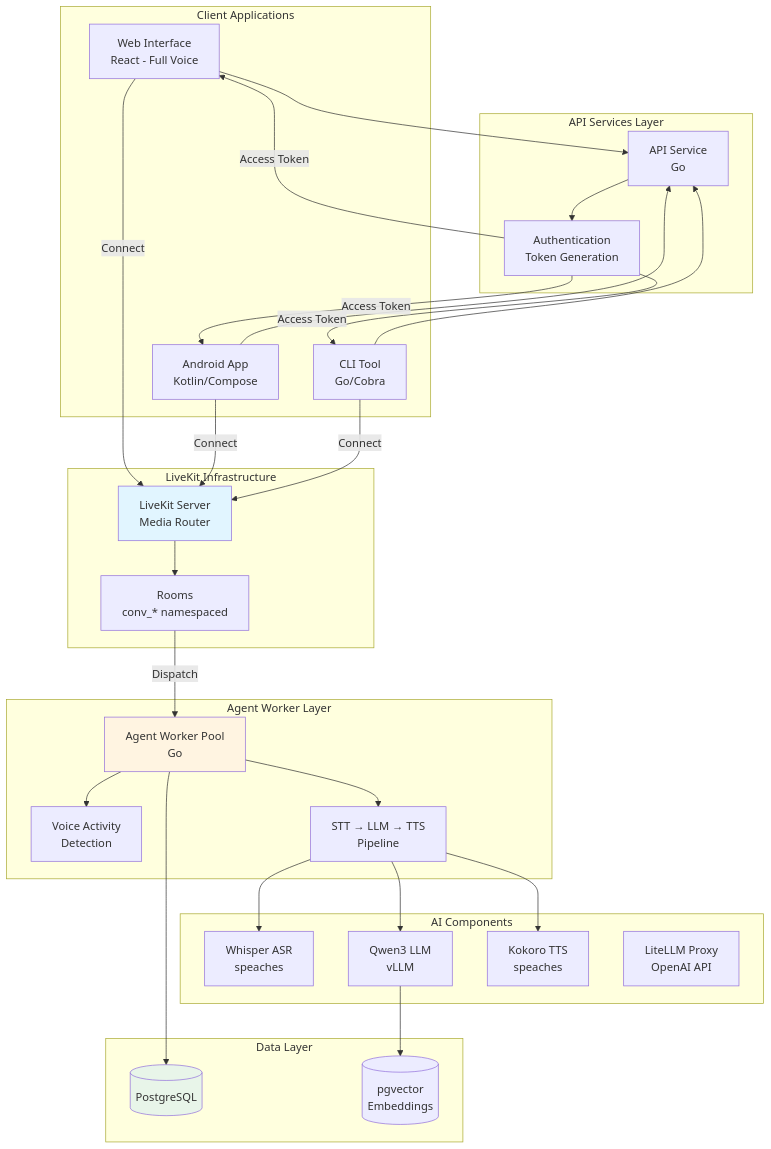
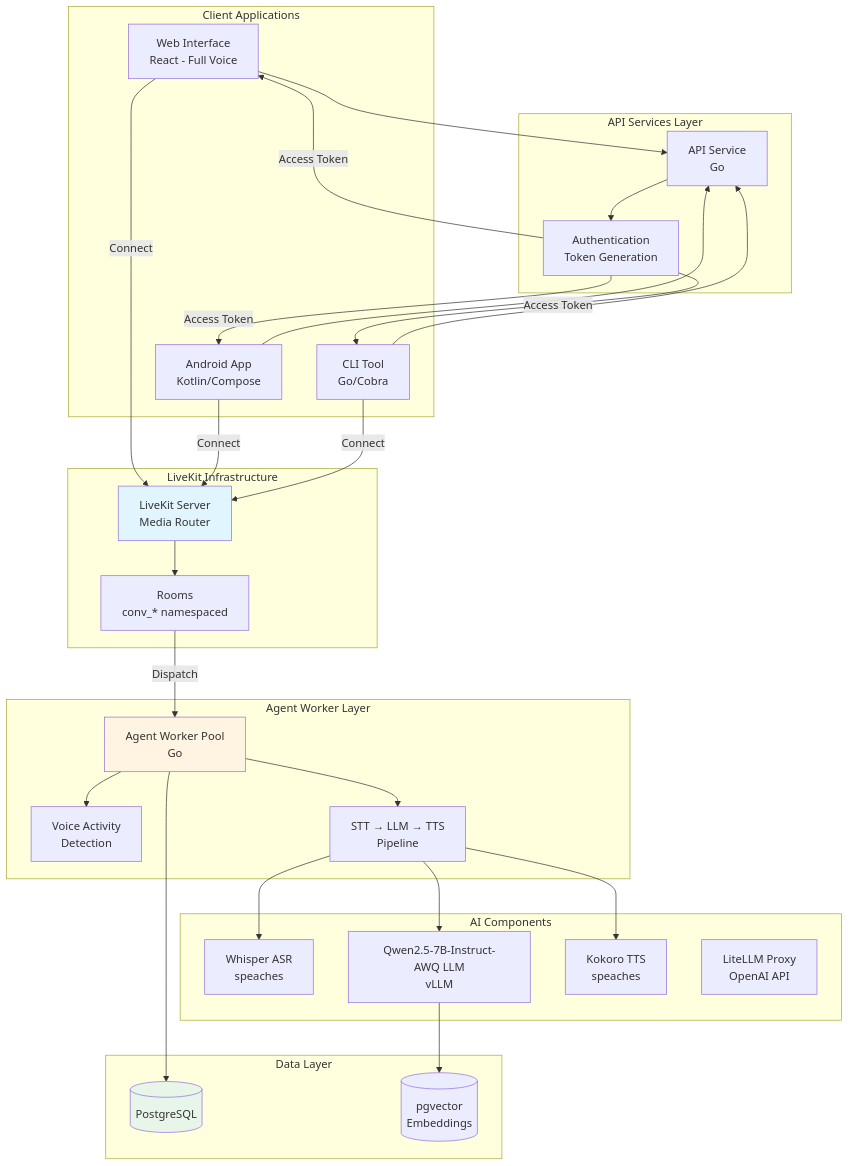
The second of 5 diagrams in docs/ARCHITECTURE.md (longregen/alicia), drawn with Mermaid before and after one commit. The commit also changed other lines of this file and 432 other files, not shown here.

````diff
--- a/docs/ARCHITECTURE.md
+++ b/docs/ARCHITECTURE.md
@@ -107,66 +105,66 @@
 ```mermaid
 graph TB
     subgraph "Client Applications"
         Web[Web Interface<br/>React - Full Voice]
         Mobile[Android App<br/>Kotlin/Compose]
         CLI[CLI Tool<br/>Go/Cobra]
     end
 
     subgraph "API Services Layer"
         API[API Service<br/>Go]
         Auth[Authentication<br/>Token Generation]
     end
 
     subgraph "LiveKit Infrastructure"
         LKServer[LiveKit Server<br/>Media Router]
         Rooms[Rooms<br/>conv_* namespaced]
     end
 
     subgraph "Agent Worker Layer"
         AgentPool[Agent Worker Pool<br/>Go]
         VAD[Voice Activity<br/>Detection]
         Pipeline[STT → LLM → TTS<br/>Pipeline]
     end
 
     subgraph "AI Components"
         ASR[Whisper ASR<br/>speaches]
-        LLM[Qwen3 LLM<br/>vLLM]
+        LLM[Qwen2.5-7B-Instruct-AWQ LLM<br/>vLLM]
         TTSEngine[Kokoro TTS<br/>speaches]
         LiteLLM[LiteLLM Proxy<br/>OpenAI API]
     end
 
     subgraph "Data Layer"
         PostgreSQL[(PostgreSQL)]
         Vectors[(pgvector<br/>Embeddings)]
     end
 
     Web --> API
     Mobile --> API
     CLI --> API
 
     API --> Auth
     Auth -->|Access Token| Web
     Auth -->|Access Token| Mobile
     Auth -->|Access Token| CLI
 
     Web -->|Connect| LKServer
     Mobile -->|Connect| LKServer
     CLI -->|Connect| LKServer
 
     LKServer --> Rooms
     Rooms -->|Dispatch| AgentPool
 
     AgentPool --> VAD
     AgentPool --> Pipeline
 
     Pipeline --> ASR
     Pipeline --> LLM
     Pipeline --> TTSEngine
 
     AgentPool --> PostgreSQL
     LLM --> Vectors
 
     style LKServer fill:#e1f5ff
     style AgentPool fill:#fff4e1
     style PostgreSQL fill:#e8f5e9
 ```
````
